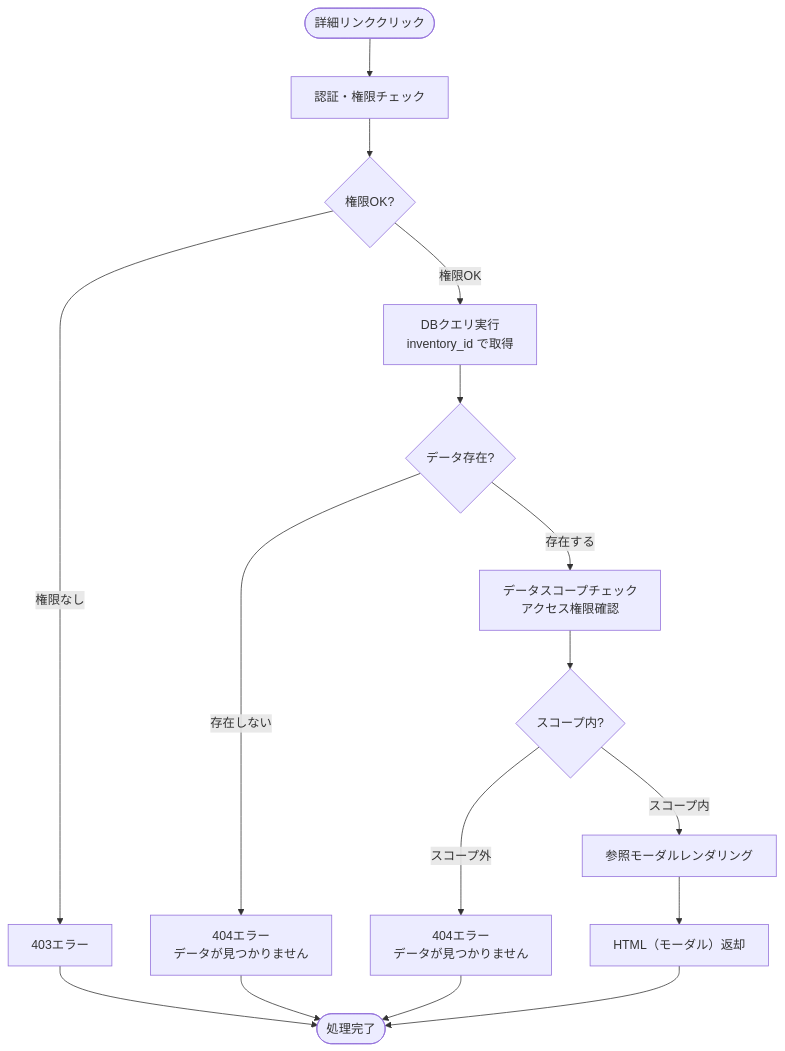
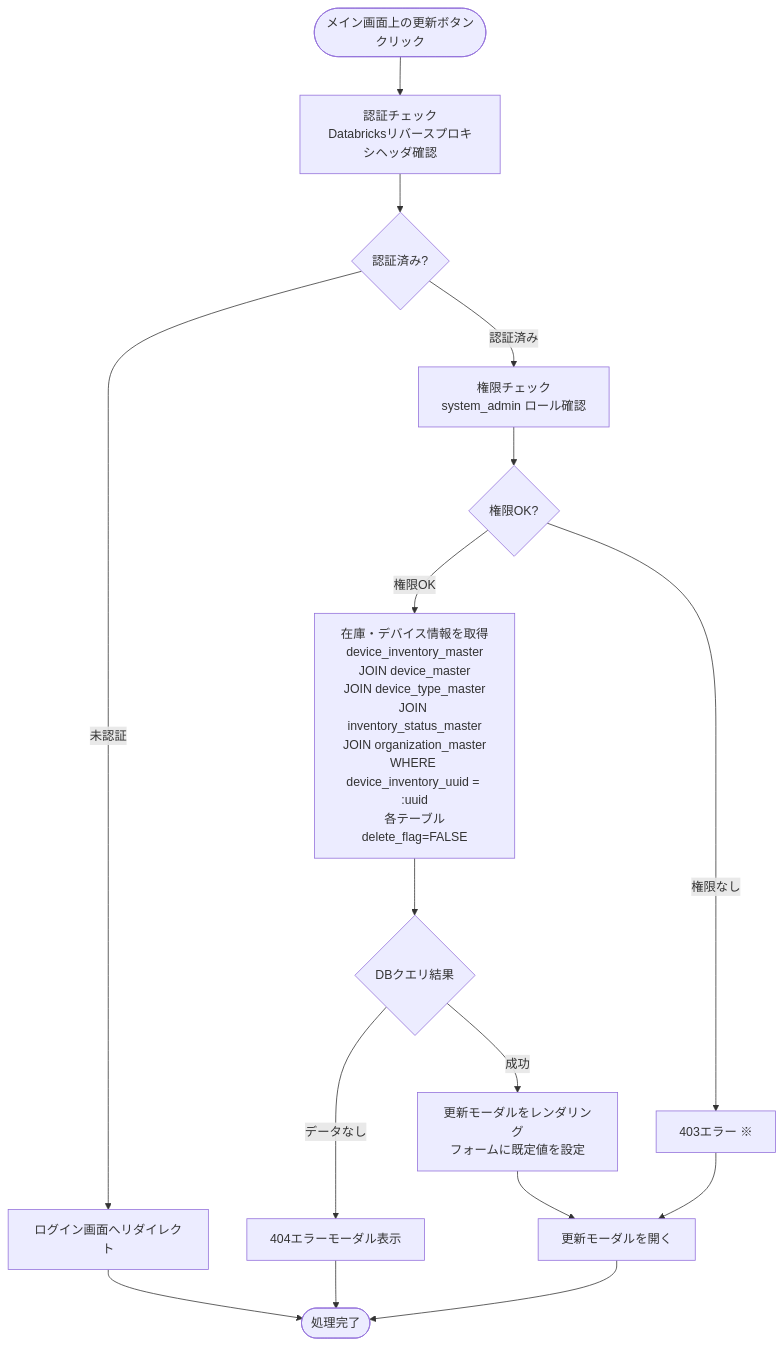
The fifth of 9 diagrams in docs/03-features/flask-app/device-inventory/workflow-specification.md (NSW-SVCP-AIWG002/Databricks-IoT), drawn with Mermaid before and after one commit. The commit also changed other lines of this file and 89 other files, not shown here.

````diff
--- a/docs/03-features/flask-app/device-inventory/workflow-specification.md
+++ b/docs/03-features/flask-app/device-inventory/workflow-specification.md
@@ -490,24 +764,24 @@
 ```mermaid
 flowchart TD
-    Start([詳細リンククリック]) --> Auth[認証・権限チェック]
-    Auth --> CheckPerm{権限OK?}
-    CheckPerm -->|権限なし| Error403[403エラー]
+    Start([メイン画面上の更新ボタン<br>クリック]) --> Auth[認証チェック<br>Databricksリバースプロキシヘッダ確認]
+    Auth --> CheckAuth{認証済み?}
+    CheckAuth -->|未認証| Error401[ログイン画面へリダイレクト]
+    Error401 --> End([処理完了])
 
-    CheckPerm -->|権限OK| Query[DBクエリ実行<br>inventory_id で取得]
-    Query --> CheckDB{データ存在?}
+    CheckAuth -->|認証済み| Permission[権限チェック<br>system_admin ロール確認]
+    Permission --> CheckPerm{権限OK?}
 
-    CheckDB -->|存在しない| Error404[404エラー<br>データが見つかりません]
+    CheckPerm -->|権限OK| Query[在庫・デバイス情報を取得<br>device_inventory_master<br>JOIN device_master<br>JOIN device_type_master<br>JOIN inventory_status_master<br>JOIN organization_master<br>WHERE device_inventory_uuid = :uuid<br>各テーブルdelete_flag=FALSE]
+    Query --> CheckDB{DBクエリ結果}
 
-    CheckDB -->|存在する| ScopeCheck[データスコープチェック<br>アクセス権限確認]
-    ScopeCheck --> ScopeResult{スコープ内?}
+    CheckDB -->|データなし| Error404[404エラーモーダル表示]
+    Error404 --> End
 
-    ScopeResult -->|スコープ外| Error404_2[404エラー<br>データが見つかりません]
+    CheckDB -->|成功| Template[更新モーダルをレンダリング<br>フォームに既定値を設定]
+    Template --> OpenModal[更新モーダルを開く]
 
-    ScopeResult -->|スコープ内| Template[参照モーダルレンダリング]
-    Template --> Response[HTML（モーダル）返却]
+    CheckPerm -->|権限なし| Error403[403エラー ※]
+    Error403 --> OpenModal
 
-    Error403 --> End([処理完了])
-    Error404 --> End
-    Error404_2 --> End
-    Response --> End
+    OpenModal --> End
 ```
````
